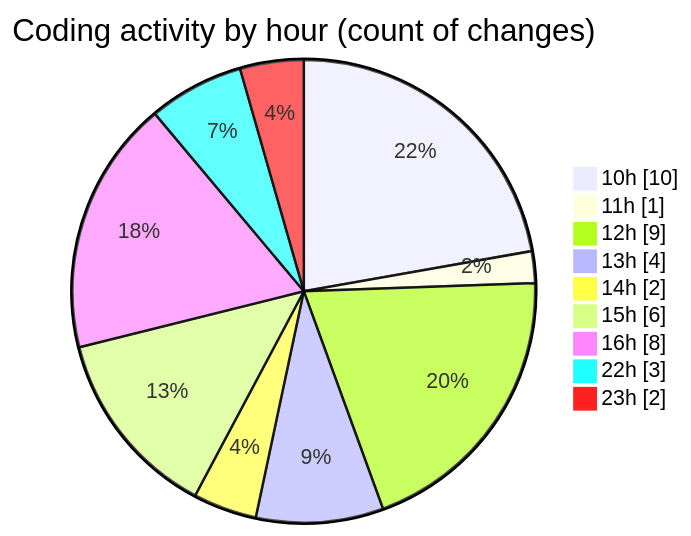
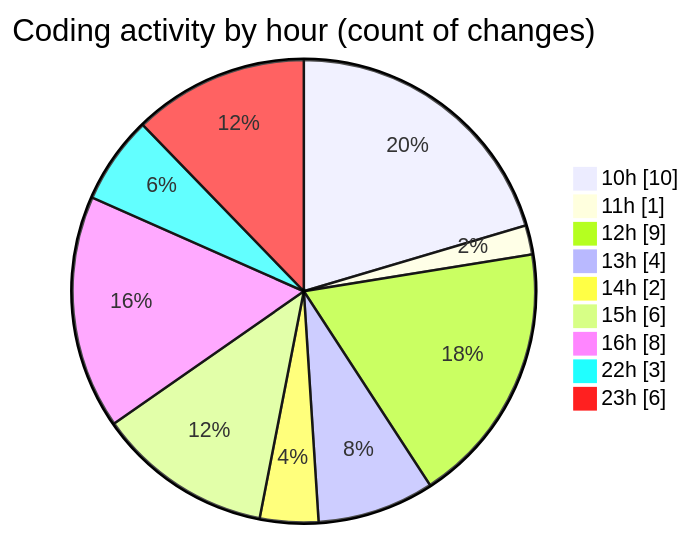
Before and after one commit to julien-gomy/code-tracking: the second of 2 diagrams in 2025-11-20/eventscop-api-guide__workspace_/README.md, drawn with Mermaid. The commit also changed other lines of this file and 1 other file, not shown here.

````diff
--- a/2025-11-20/eventscop-api-guide__workspace_/README.md
+++ b/2025-11-20/eventscop-api-guide__workspace_/README.md
@@ -42,13 +42,13 @@
 ```mermaid
 pie showData
 title Coding activity by hour (count of changes)
 "10h" : 10
 "11h" : 1
 "12h" : 9
 "13h" : 4
 "14h" : 2
 "15h" : 6
 "16h" : 8
 "22h" : 3
-"23h" : 2
+"23h" : 6
 ```
````
